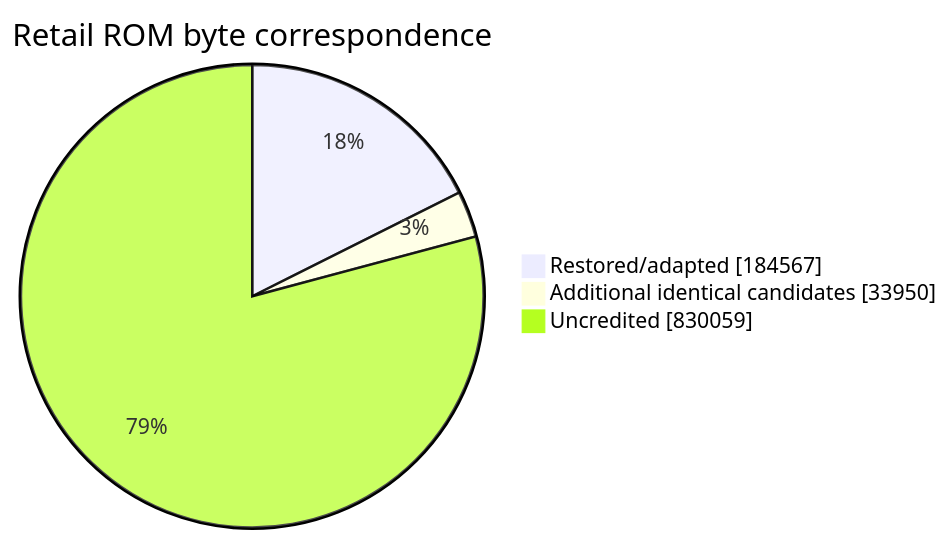
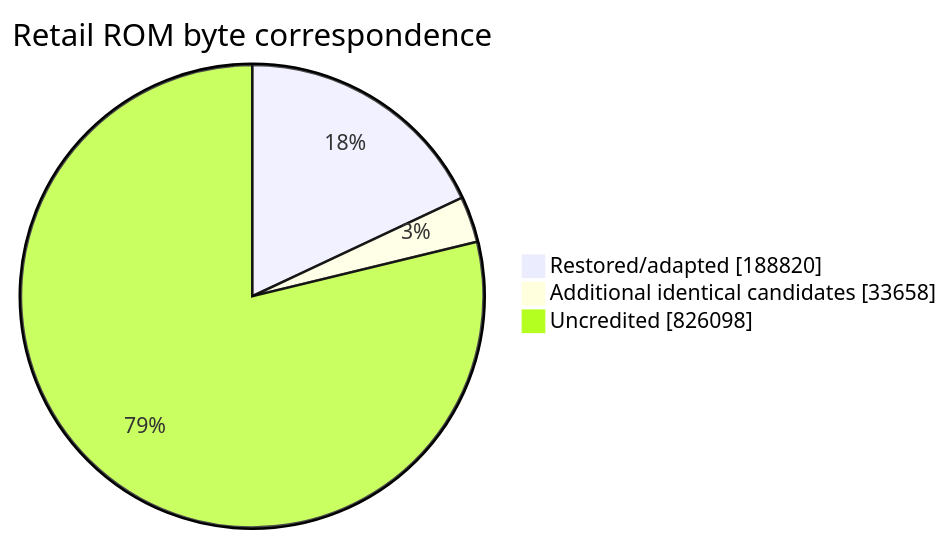
The second of 2 diagrams in readme.md (NachtRaveVL/stuntracefx), drawn with Mermaid before and after one commit. The commit also changed other lines of this file and 7 other files, not shown here.

````diff
--- a/readme.md
+++ b/readme.md
@@ -108,7 +108,7 @@
 ```mermaid
 pie showData
     title Retail ROM byte correspondence
-    "Restored/adapted" : 184567
-    "Additional identical candidates" : 33950
-    "Uncredited" : 830059
+    "Restored/adapted" : 188820
+    "Additional identical candidates" : 33658
+    "Uncredited" : 826098
 ```
````
